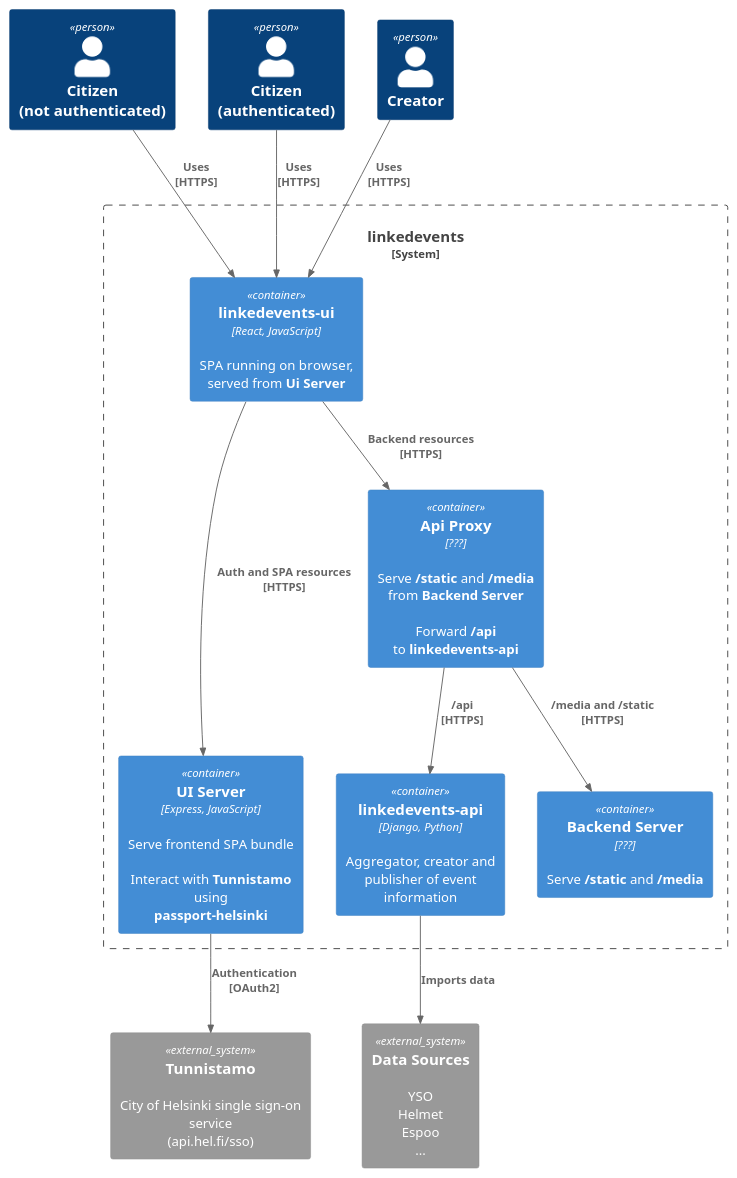
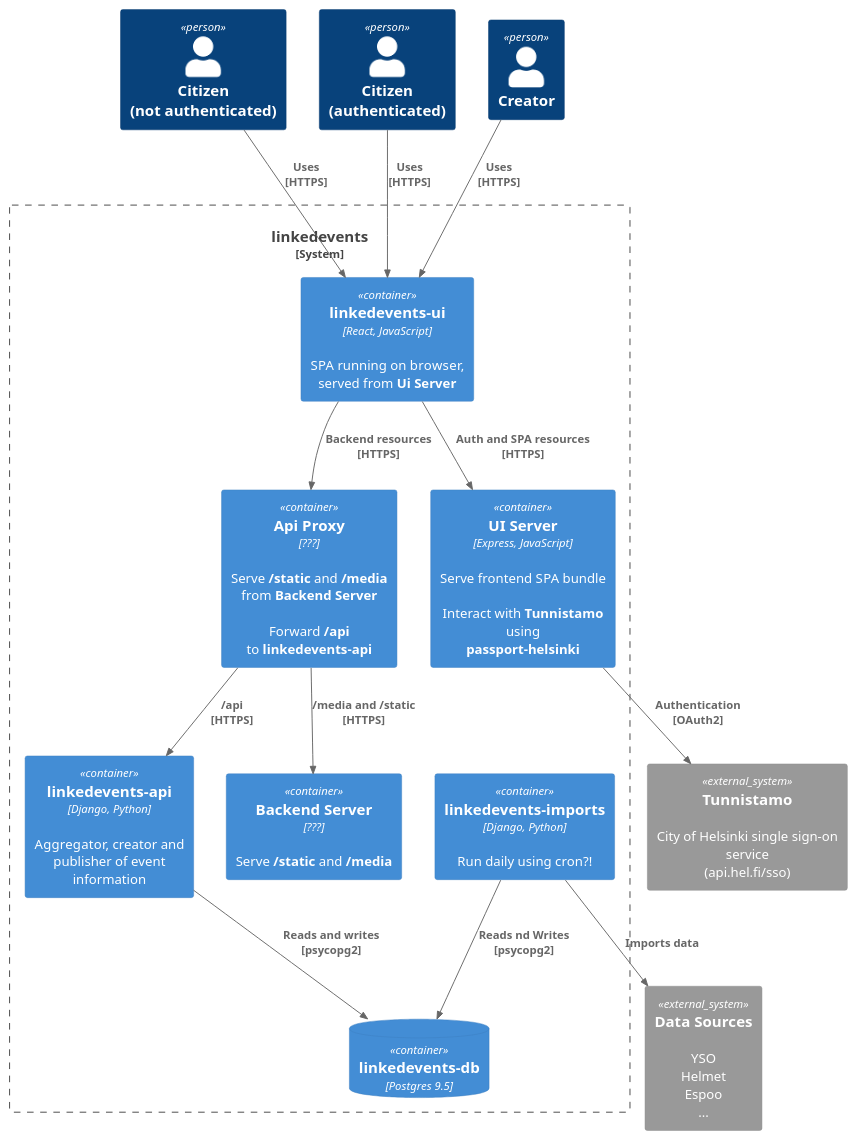
The diagram in assets/puml/linkedevents-container-v2.puml (istonikula/linkedevents), drawn with PlantUML before and after one commit. The commit also changed 2 other files, not shown here.

Commit message:
feat(c4): add db and imports to linkedevent containers

```diff
--- a/assets/puml/linkedevents-container-v2.puml
+++ b/assets/puml/linkedevents-container-v2.puml
@@ -1,38 +1,40 @@
 @startuml linkedevents-container-v2
 !includeurl https://raw.githubusercontent.com/RicardoNiepel/C4-PlantUML/master/C4_Container.puml
 
 Person(citizen, "Citizen\n(not authenticated)")
 Person(citizen_auth, "Citizen\n(authenticated)")
 Person(admin, "Creator")
 
 System_Boundary(linkedevents, "linkedevents") {
   Container(linkedevents_ui, "linkedevents-ui", "React, JavaScript", "SPA running on browser, served from <b>Ui Server</b>")
 
   Container(ui_server, "UI Server", "Express, JavaScript", "Serve frontend SPA bundle\n\nInteract with <b>Tunnistamo</b> using\n<b>passport-helsinki</b>")
 
   Container(api_proxy, "Api Proxy", "???", "Serve <b>/static</b> and <b>/media</b> from <b>Backend Server</b>\n\nForward <b>/api</b>\nto <b>linkedevents-api</b>")
   Container(backend_server, "Backend Server", "???", "Serve <b>/static</b> and <b>/media</b>")
 
   Container(linkedevents_api, "linkedevents-api", "Django, Python", "Aggregator, creator and publisher of event information")
+  ContainerDb(linkedevents_db, "linkedevents-db", "Postgres 9.5")
+  Container(linkedevents_imports, "linkedevents-imports", "Django, Python", "Run daily using cron?!")
 }
 
 System_Ext(data_sources, "Data Sources", "YSO\nHelmet\nEspoo\n...")
 System_Ext(tunnistamo, "Tunnistamo", "City of Helsinki single sign-on service\n(api.hel.fi/sso)")
 
 Rel(citizen, linkedevents_ui, "Uses\n[HTTPS]")
 Rel(citizen_auth, linkedevents_ui, "Uses\n[HTTPS]")
 
 Rel(admin, linkedevents_ui, "Uses\n[HTTPS]")
 
 Rel(linkedevents_ui, ui_server, "Auth and SPA resources\n[HTTPS]")
 Rel(ui_server, tunnistamo, "Authentication\n[OAuth2]")
 
 Rel(linkedevents_ui, api_proxy, "Backend resources\n[HTTPS]")
 Rel(api_proxy, linkedevents_api, "/api\n[HTTPS]")
 Rel(api_proxy, backend_server, "/media and /static\n[HTTPS]")
 
-Rel(linkedevents_api, data_sources, "Imports data")
-
-Lay_U(ui_server, api_proxy)
+Rel(linkedevents_api, linkedevents_db, "Reads and writes\n[psycopg2]")
+Rel(linkedevents_imports, linkedevents_db, "Reads nd Writes\n[psycopg2]")
+Rel(linkedevents_imports, data_sources, "Imports data")
 
 @enduml
```
